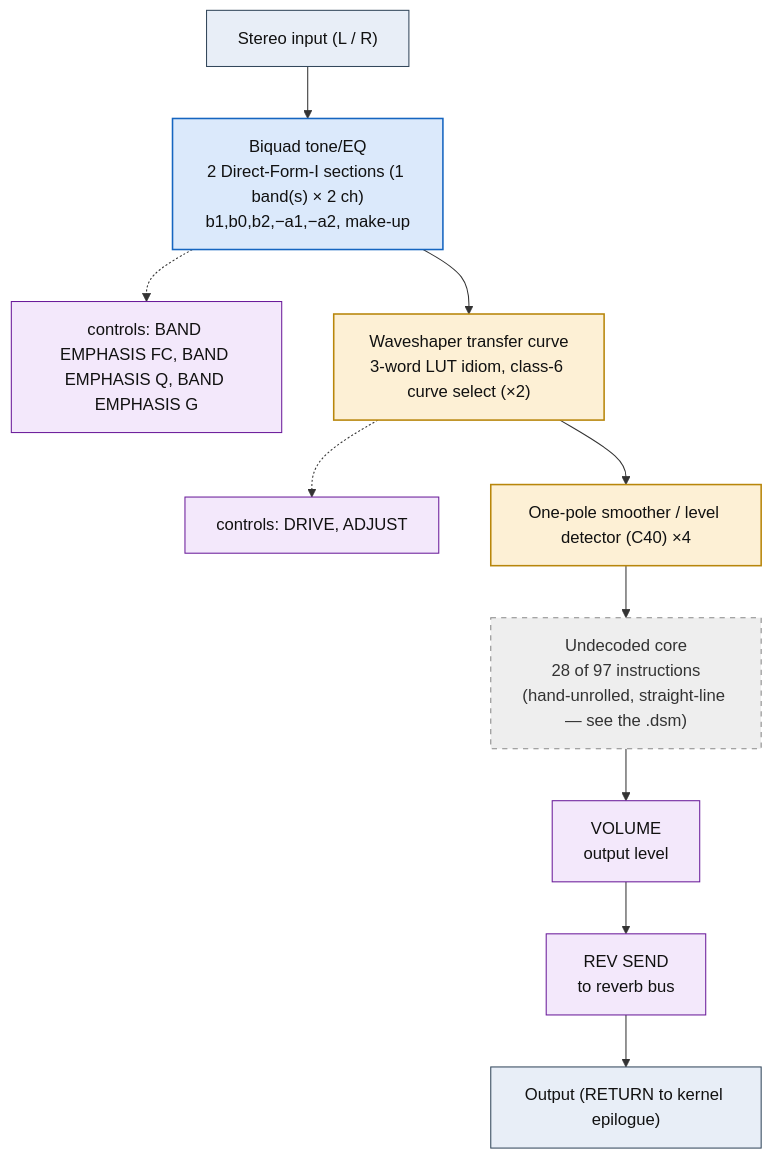
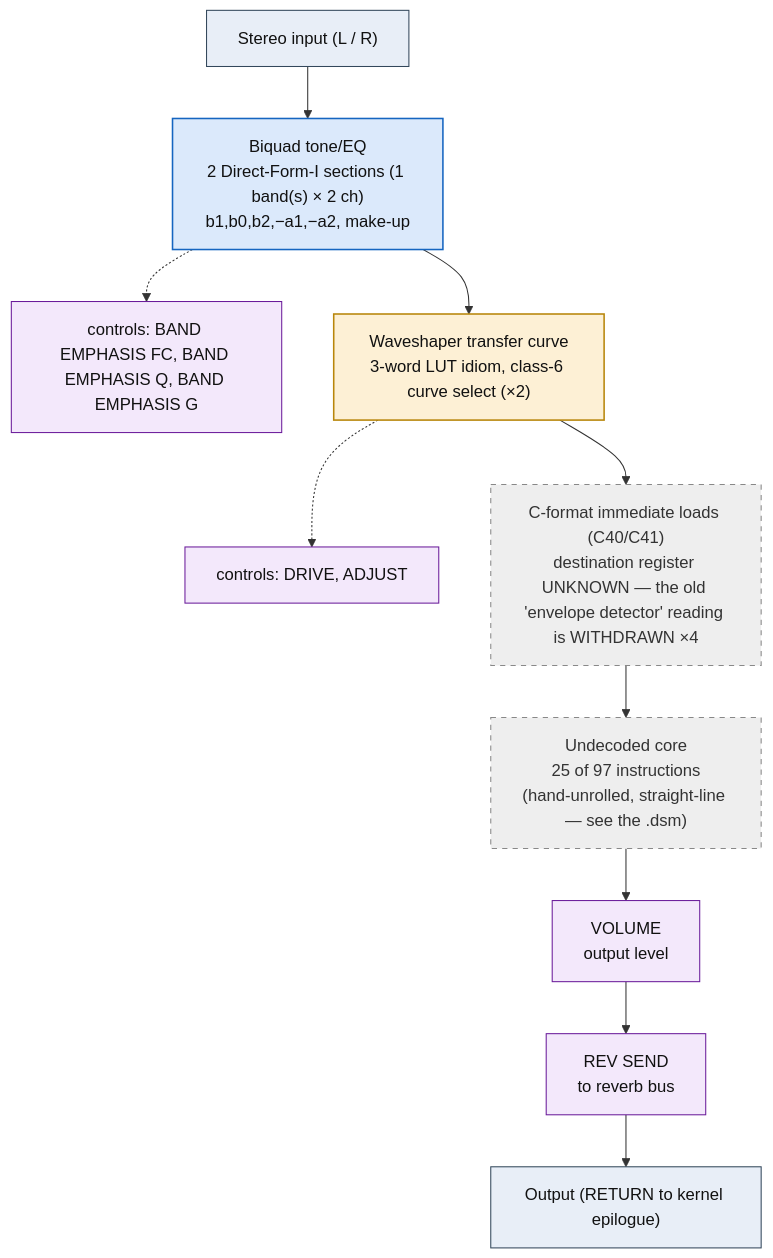
One commit to ArqueologiaDigital/KN5000-docs changed the diagram in flowcharts/prog97_peq_compr_overdr.md. Above: the diagram before and after it, drawn with Mermaid. The commit also changed other lines of this file and 38 other files, not shown here.

First line of the commit message:
flowcharts: withdraw the envelope-detector reading, decode the DRAM accesses

````diff
--- a/flowcharts/prog97_peq_compr_overdr.md
+++ b/flowcharts/prog97_peq_compr_overdr.md
@@ -19,34 +19,34 @@
 ```mermaid
 flowchart TD
     N0["Stereo input (L / R)"]
     N1["Biquad tone/EQ<br/>2 Direct-Form-I sections (1 band(s) &times; 2 ch)<br/>b1,b0,b2,&minus;a1,&minus;a2, make-up"]
     N0 --> N1
     N2["controls: BAND EMPHASIS FC, BAND EMPHASIS Q, BAND EMPHASIS G"]
     N1 -.-> N2
     N3["Waveshaper transfer curve<br/>3-word LUT idiom, class-6 curve select (&times;2)"]
     N1 --> N3
     N4["controls: DRIVE, ADJUST"]
     N3 -.-> N4
-    N5["One-pole smoother / level detector (C40) &times;4"]
+    N5["C-format immediate loads (C40/C41)<br/>destination register UNKNOWN &mdash; the old 'envelope detector' reading is WITHDRAWN &times;4"]
     N3 --> N5
-    N6["Undecoded core<br/>28 of 97 instructions<br/>(hand-unrolled, straight-line &mdash; see the .dsm)"]
+    N6["Undecoded core<br/>25 of 97 instructions<br/>(hand-unrolled, straight-line &mdash; see the .dsm)"]
     N5 --> N6
     N7["VOLUME<br/>output level"]
     N6 --> N7
     N8["REV SEND<br/>to reverb bus"]
     N7 --> N8
     N9["Output (RETURN to kernel epilogue)"]
     N8 --> N9
 
     classDef io fill:#e8eef7,stroke:#33475b,stroke-width:1px,color:#111;
     classDef proven fill:#d7f0d7,stroke:#2e7d32,stroke-width:2px,color:#111;
     classDef measured fill:#dbe9fb,stroke:#1565c0,stroke-width:1.5px,color:#111;
     classDef inferred fill:#fdf0d5,stroke:#b8860b,stroke-width:1.5px,color:#111;
     classDef open fill:#eeeeee,stroke:#888,stroke-width:1px,color:#333,stroke-dasharray:5 5;
     classDef ctrl fill:#f3e8fb,stroke:#6a1b9a,stroke-width:1px,color:#111;
     class N0,N9 io;
     class N1 measured;
     class N2,N4,N7,N8 ctrl;
-    class N3,N5 inferred;
-    class N6 open;
+    class N3 inferred;
+    class N5,N6 open;
 ```
````
